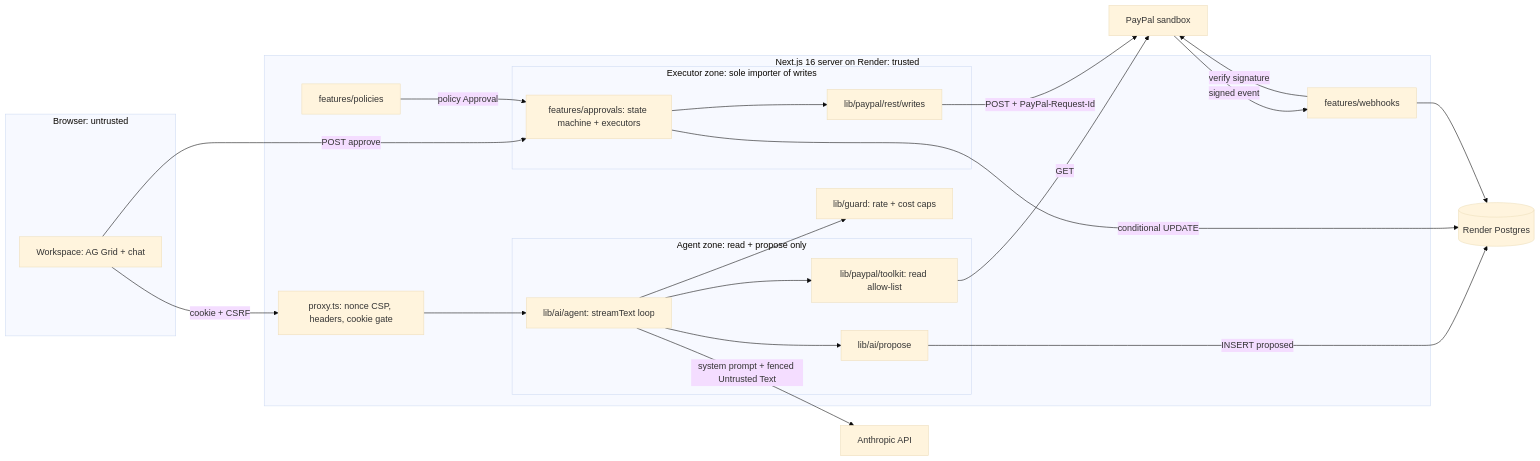
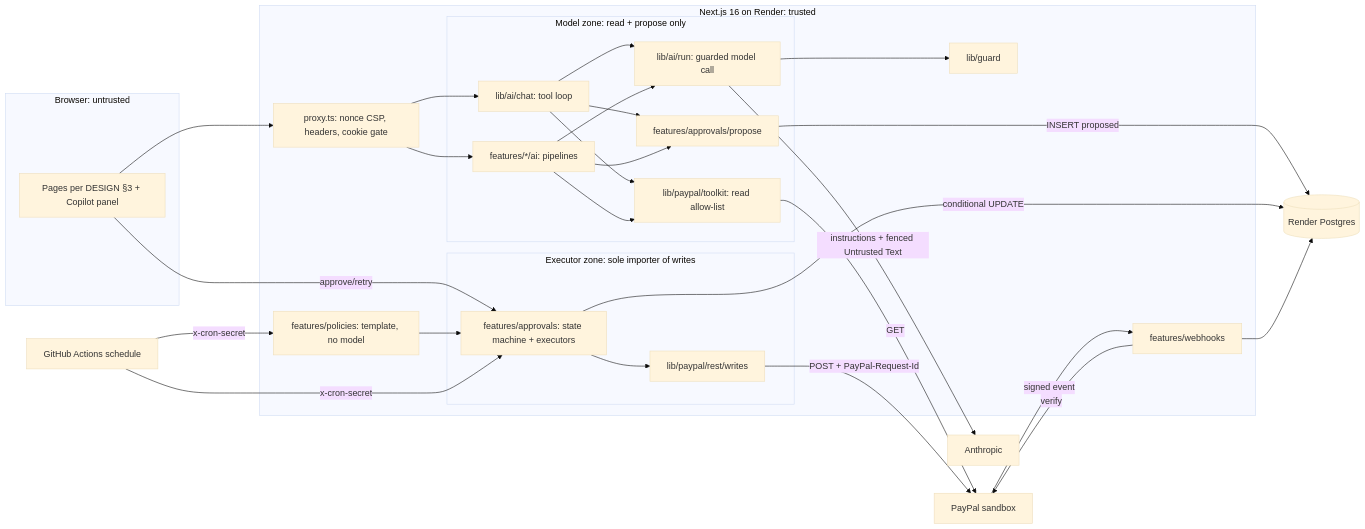
The first of 2 diagrams in PLAN.md (SebAustin/steward-merchant-copilot), drawn with Mermaid (base theme) before and after one commit. The commit also changed other lines of this file and 2 other files, not shown here.

Commit message:
docs: plan round 2 revisions (PLAN, DESIGN, AI-QUALITY)

````diff
--- a/PLAN.md
+++ b/PLAN.md
@@ -52,34 +56,38 @@
 ```mermaid
 flowchart LR
   subgraph BR[Browser: untrusted]
-    UI[Workspace: AG Grid + chat]
+    UI[Pages per DESIGN §3 + Copilot panel]
   end
-  subgraph SV[Next.js 16 server on Render: trusted]
+  subgraph SV[Next.js 16 on Render: trusted]
     PX[proxy.ts: nonce CSP, headers, cookie gate]
-    subgraph AZ[Agent zone: read + propose only]
-      AG[lib/ai/agent: streamText loop]
+    subgraph AZ[Model zone: read + propose only]
+      CH[lib/ai/chat: tool loop]
+      PL[features/*/ai: pipelines]
+      RUN[lib/ai/run: guarded model call]
       TK[lib/paypal/toolkit: read allow-list]
-      PR[lib/ai/propose]
+      PR[features/approvals/propose]
     end
     subgraph EZ[Executor zone: sole importer of writes]
       AP[features/approvals: state machine + executors]
       RW[lib/paypal/rest/writes]
     end
     WH[features/webhooks]
-    PO[features/policies]
-    GD[lib/guard: rate + cost caps]
+    PO[features/policies: template, no model]
+    GD[lib/guard]
   end
   DB[(Render Postgres)]
   PP[PayPal sandbox]
-  AN[Anthropic API]
-  UI -- cookie + CSRF --> PX --> AG
-  AG --> GD
-  AG -- system prompt + fenced Untrusted Text --> AN
-  AG --> TK -- GET --> PP
-  AG --> PR -- INSERT proposed --> DB
-  UI -- POST approve --> AP -- conditional UPDATE --> DB
+  AN[Anthropic]
+  GA[GitHub Actions schedule]
+  UI --> PX --> CH & PL
+  CH & PL --> RUN --> GD
+  RUN -- instructions + fenced Untrusted Text --> AN
+  CH & PL --> TK -- GET --> PP
+  CH & PL --> PR -- INSERT proposed --> DB
+  UI -- approve/retry --> AP -- conditional UPDATE --> DB
   AP --> RW -- POST + PayPal-Request-Id --> PP
-  PP -- signed event --> WH -- verify signature --> PP
+  PP -- signed event --> WH -- verify --> PP
   WH --> DB
-  PO -- policy Approval --> AP
+  PO --> AP
+  GA -- x-cron-secret --> AP & PO
 ```
````
